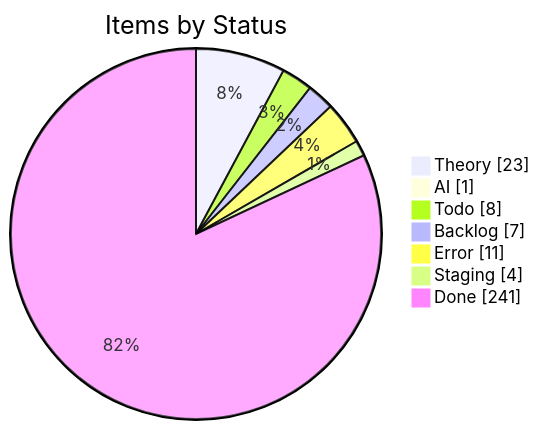
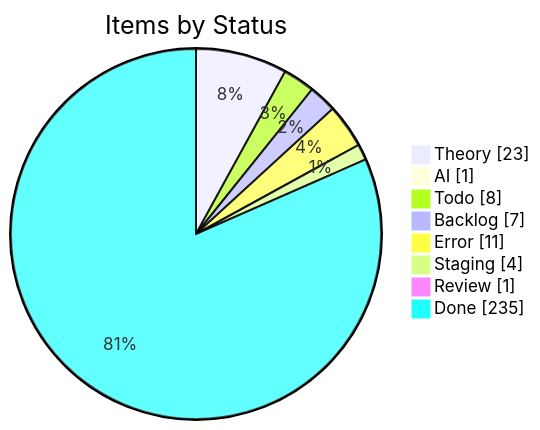
The first of 4 diagrams in apps/kbve/astro-kbve/src/content/docs/dashboard/kanban-data.mdx (KBVE/kbve), drawn with Mermaid before and after one commit. The commit also changed other lines of this file and 7 other files, not shown here.

````diff
--- a/apps/kbve/astro-kbve/src/content/docs/dashboard/kanban-data.mdx
+++ b/apps/kbve/astro-kbve/src/content/docs/dashboard/kanban-data.mdx
@@ -55,11 +55,12 @@
 ```mermaid
 pie showData
     title Items by Status
     "Theory" : 23
     "AI" : 1
     "Todo" : 8
     "Backlog" : 7
     "Error" : 11
     "Staging" : 4
-    "Done" : 241
+    "Review" : 1
+    "Done" : 235
 ```
````
